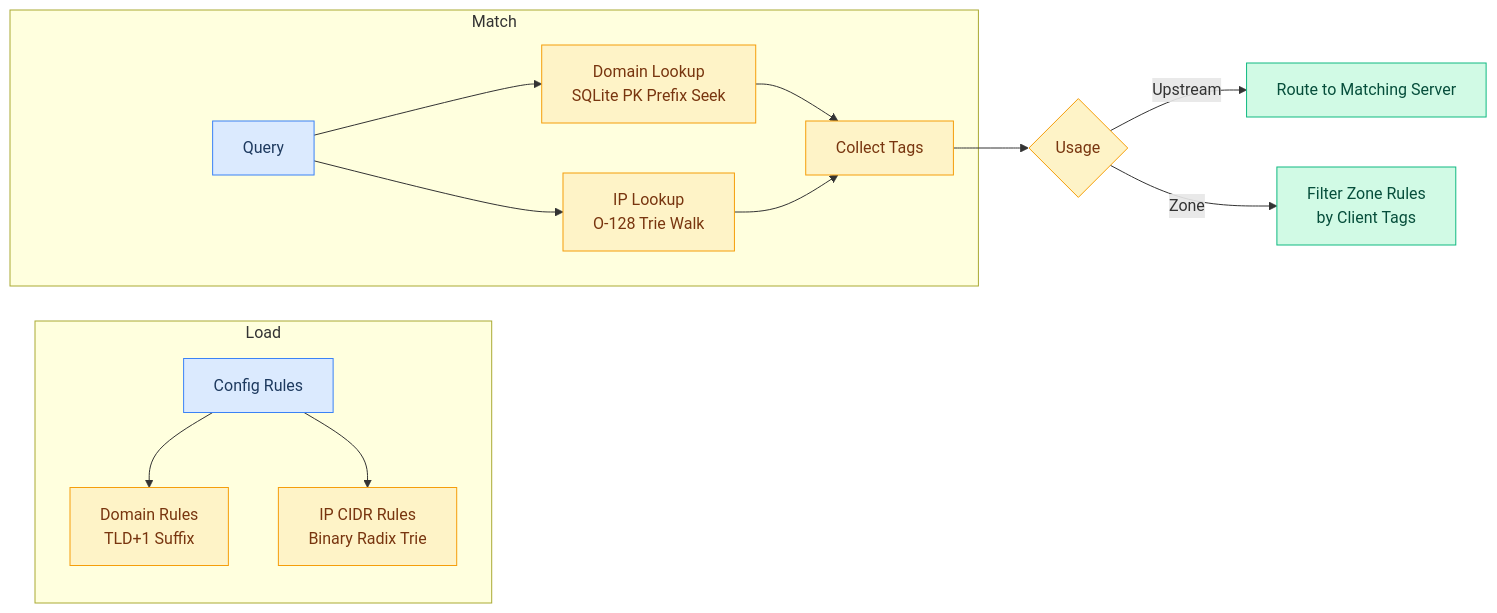
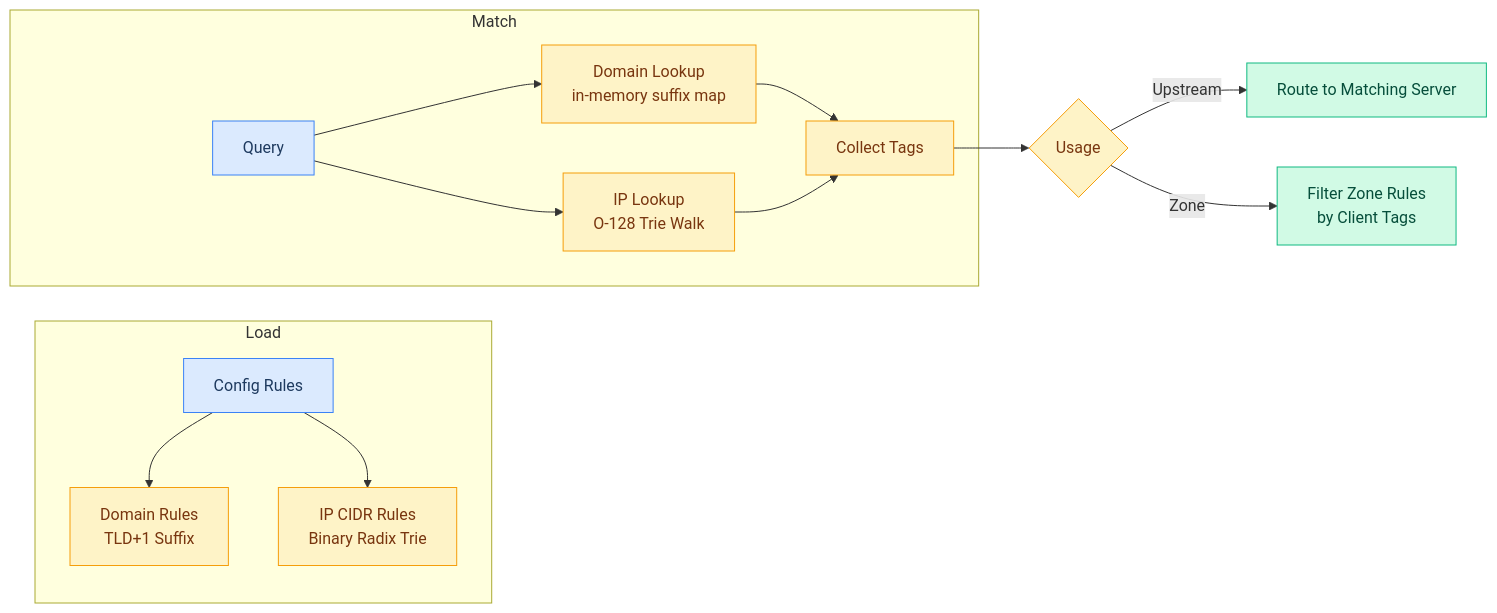
One commit to hezhijie0327/ZJDNS changed diagram 20 of 28 in docs/FLOWCHARTS.md. Above: the diagram before and after it, drawn with Mermaid. The commit also changed other lines of this file and 33 other files, not shown here.

````diff
--- a/docs/FLOWCHARTS.md
+++ b/docs/FLOWCHARTS.md
@@ -492,22 +491,22 @@
 ```mermaid
 graph LR
     subgraph Load
         CFG[Config Rules] --> DOM[Domain Rules<br/>TLD+1 Suffix]
         CFG --> IP[IP CIDR Rules<br/>Binary Radix Trie]
     end
     subgraph Match
-        Q[Query] --> DOMQ[Domain Lookup<br/>SQLite PK Prefix Seek]
+        Q[Query] --> DOMQ[Domain Lookup<br/>in-memory suffix map]
         Q --> IPQ[IP Lookup<br/>O-128 Trie Walk]
         DOMQ --> TAGS[Collect Tags]
         IPQ --> TAGS
     end
     TAGS --> USE{Usage}
     USE -->|Upstream| ROUTE[Route to Matching Server]
     USE -->|Zone| FILTER[Filter Zone Rules<br/>by Client Tags]
     classDef start fill:#dbeafe,stroke:#3b82f6,color:#1e3a5f
     classDef proc fill:#fef3c7,stroke:#f59e0b,color:#78350f
     classDef out fill:#d1fae5,stroke:#10b981,color:#064e3b
     class CFG,Q start
     class DOM,IP,DOMQ,IPQ,TAGS,USE proc
     class ROUTE,FILTER out
 ```
````
